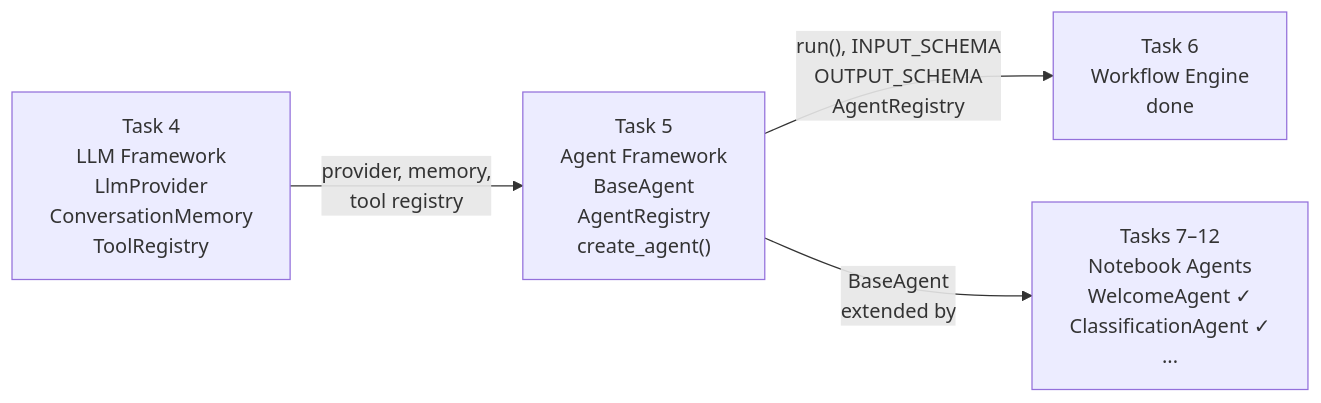
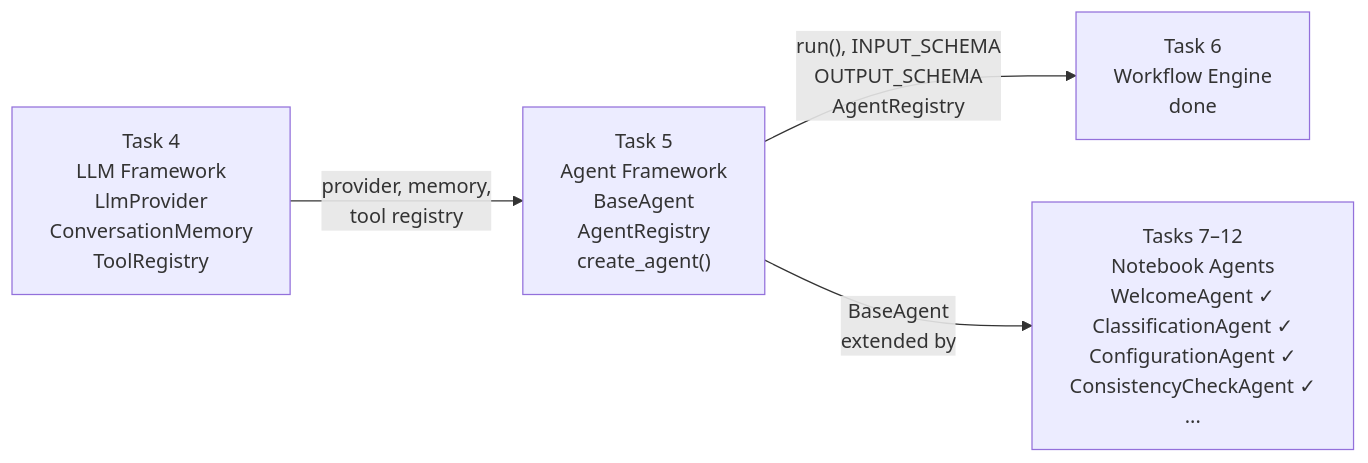
Before and after one commit to Alanbahena/zenet-mvp-jupyter: the first of 3 diagrams in docs/Architecture/architecture-agent-framework.md, drawn with Mermaid. The commit also changed other lines of this file and 4 other files, not shown here.

Commit message:
documented configuration agent

````diff
--- a/docs/Architecture/architecture-agent-framework.md
+++ b/docs/Architecture/architecture-agent-framework.md
@@ -10,11 +10,11 @@
 ```mermaid
 flowchart LR
     T4["Task 4<br/>LLM Framework<br/>LlmProvider<br/>ConversationMemory<br/>ToolRegistry"]
     T5["Task 5<br/>Agent Framework<br/>BaseAgent<br/>AgentRegistry<br/>create_agent()"]
     T6["Task 6<br/>Workflow Engine<br/>done"]
-    T712["Tasks 7–12<br/>Notebook Agents<br/>WelcomeAgent ✓<br/>ClassificationAgent ✓<br/>..."]
+    T712["Tasks 7–12<br/>Notebook Agents<br/>WelcomeAgent ✓<br/>ClassificationAgent ✓<br/>ConfigurationAgent ✓<br/>ConsistencyCheckAgent ✓<br/>..."]
 
     T4 -->|"provider, memory,<br/>tool registry"| T5
     T5 -->|"run(), INPUT_SCHEMA<br/>OUTPUT_SCHEMA<br/>AgentRegistry"| T6
     T5 -->|"BaseAgent<br/>extended by"| T712
 ```
````
